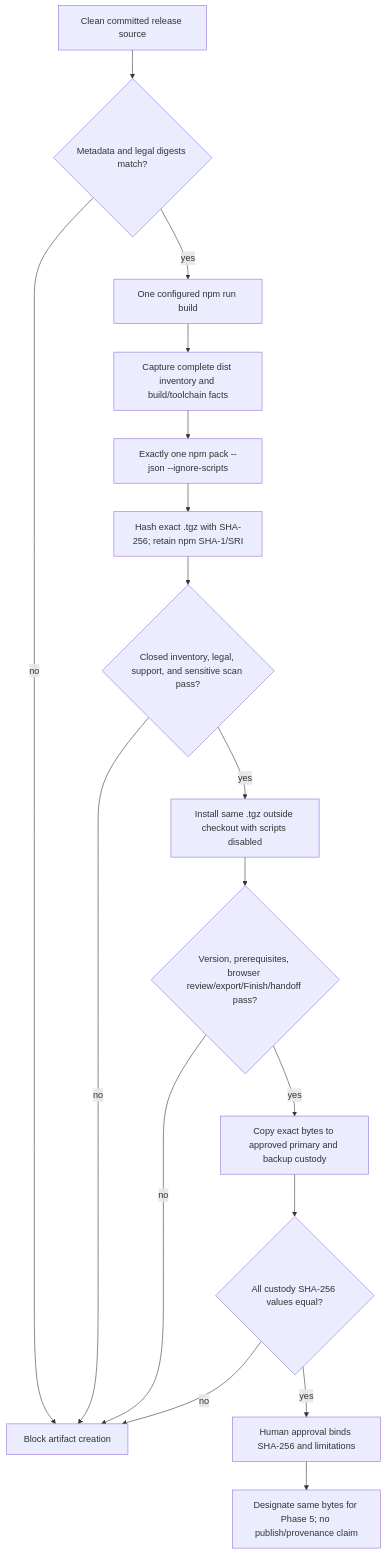
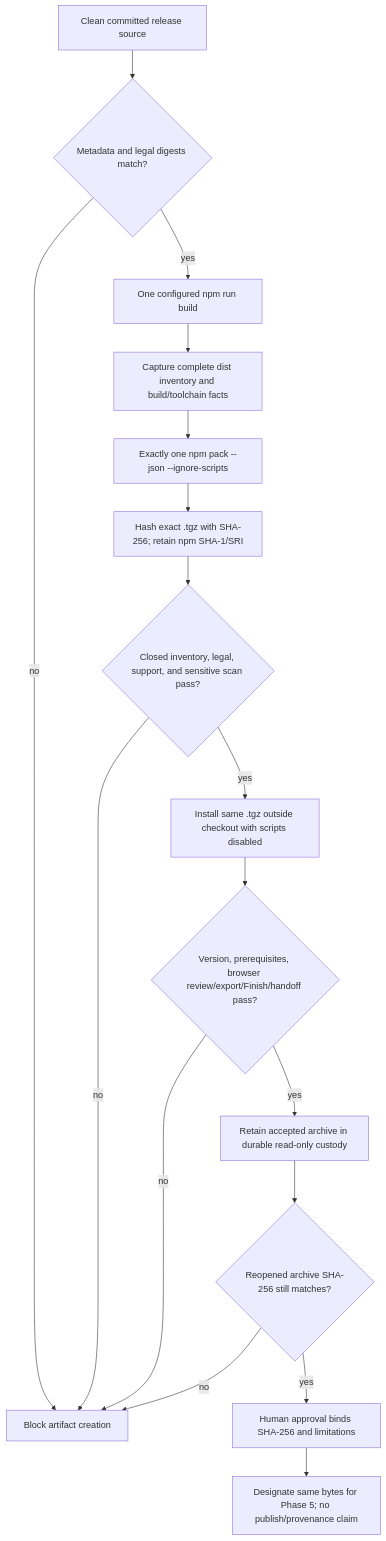
The diagram in .planning/phases/04-exact-runtime-tarball/04-RESEARCH.md (Ship-With-AI/cumpa), drawn with Mermaid before and after one commit. The commit also changed other lines of this file and 6 other files, not shown here.

````diff
--- a/.planning/phases/04-exact-runtime-tarball/04-RESEARCH.md
+++ b/.planning/phases/04-exact-runtime-tarball/04-RESEARCH.md
@@ -87,19 +87,19 @@
 ```mermaid
 flowchart TD
     A[Clean committed release source] --> B{Metadata and legal digests match?}
     B -- no --> X[Block artifact creation]
     B -- yes --> C[One configured npm run build]
     C --> D[Capture complete dist inventory and build/toolchain facts]
     D --> E[Exactly one npm pack --json --ignore-scripts]
     E --> F[Hash exact .tgz with SHA-256; retain npm SHA-1/SRI]
     F --> G{Closed inventory, legal, support, and sensitive scan pass?}
     G -- no --> X
     G -- yes --> H[Install same .tgz outside checkout with scripts disabled]
     H --> I{Version, prerequisites, browser review/export/Finish/handoff pass?}
     I -- no --> X
-    I -- yes --> J[Copy exact bytes to approved primary and backup custody]
-    J --> K{All custody SHA-256 values equal?}
+    I -- yes --> J[Retain accepted archive in durable read-only custody]
+    J --> K{Reopened archive SHA-256 still matches?}
     K -- no --> X
     K -- yes --> L[Human approval binds SHA-256 and limitations]
     L --> M[Designate same bytes for Phase 5; no publish/provenance claim]
 ```
````
